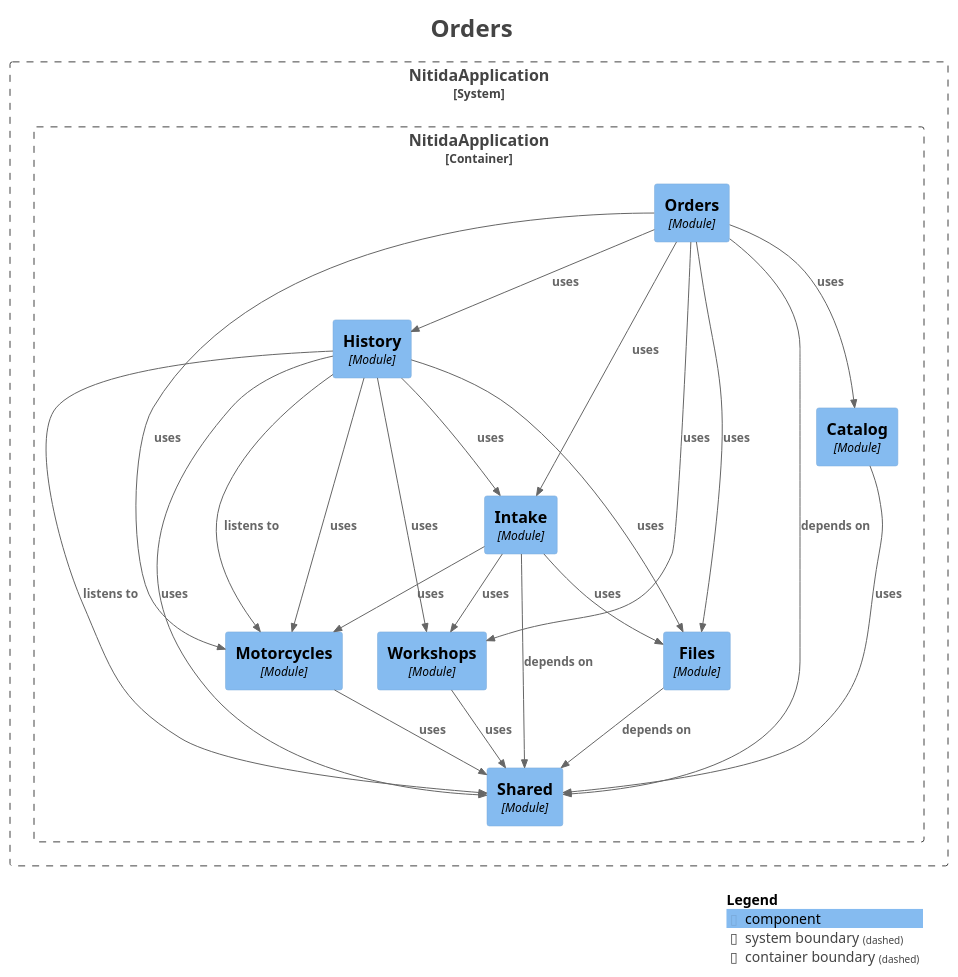
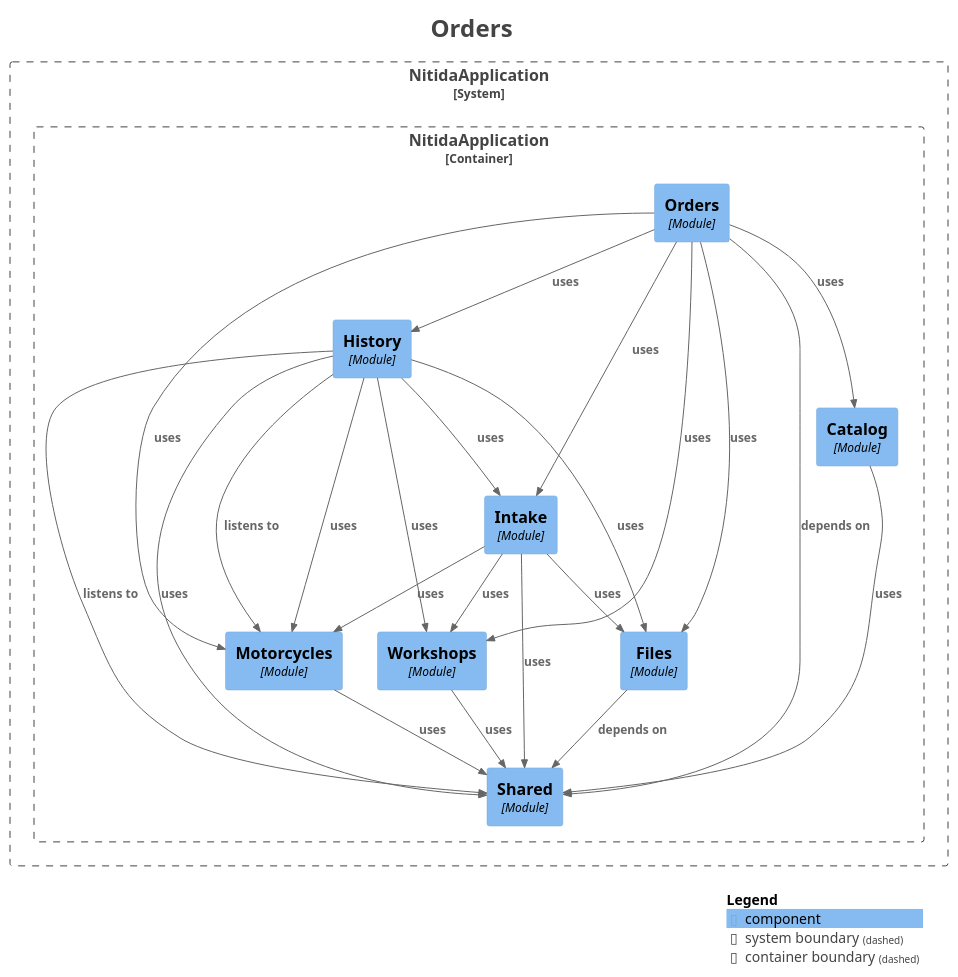
Before and after one commit to Nicolas-12000/Nitida: the diagram in docs/modulos/module-orders.puml, drawn with PlantUML. The commit also changed 11 other files, not shown here.

Commit message:
refactor(ci): update CodeQL job name to TypeScript and upgrade backend Docker image to Debian 13 for security improvements; clean up module diagrams by removing unused relationships

```diff
--- a/docs/modulos/module-orders.puml
+++ b/docs/modulos/module-orders.puml
@@ -1,57 +1,57 @@
 @startuml
 title <size:24>Orders</size>
 
 set separator none
 top to bottom direction
 
 <style>
   root {
     BackgroundColor: #ffffff
     FontColor: #444444
   }
 </style>
 
 !include <C4/C4>
 !include <C4/C4_Context>
 !include <C4/C4_Component>
 
 System_Boundary("NitidaApplication_boundary", "NitidaApplication", $tags="") {
   Container_Boundary("NitidaApplication.NitidaApplication_boundary", "NitidaApplication", $tags="") {
     Component(NitidaApplication.NitidaApplication.History, "History", $techn="Module", $descr="", $tags="", $link="")
     Component(NitidaApplication.NitidaApplication.Orders, "Orders", $techn="Module", $descr="", $tags="", $link="")
     Component(NitidaApplication.NitidaApplication.Shared, "Shared", $techn="Module", $descr="", $tags="", $link="")
     Component(NitidaApplication.NitidaApplication.Catalog, "Catalog", $techn="Module", $descr="", $tags="", $link="")
     Component(NitidaApplication.NitidaApplication.Files, "Files", $techn="Module", $descr="", $tags="", $link="")
     Component(NitidaApplication.NitidaApplication.Motorcycles, "Motorcycles", $techn="Module", $descr="", $tags="", $link="")
     Component(NitidaApplication.NitidaApplication.Workshops, "Workshops", $techn="Module", $descr="", $tags="", $link="")
     Component(NitidaApplication.NitidaApplication.Intake, "Intake", $techn="Module", $descr="", $tags="", $link="")
   }
 
 }
 
-Rel(NitidaApplication.NitidaApplication.Files, NitidaApplication.NitidaApplication.Shared, "depends on", $techn="", $tags="", $link="")
 Rel(NitidaApplication.NitidaApplication.History, NitidaApplication.NitidaApplication.Motorcycles, "listens to", $techn="", $tags="", $link="")
 Rel(NitidaApplication.NitidaApplication.History, NitidaApplication.NitidaApplication.Shared, "listens to", $techn="", $tags="", $link="")
 Rel(NitidaApplication.NitidaApplication.History, NitidaApplication.NitidaApplication.Workshops, "uses", $techn="", $tags="", $link="")
 Rel(NitidaApplication.NitidaApplication.History, NitidaApplication.NitidaApplication.Intake, "uses", $techn="", $tags="", $link="")
 Rel(NitidaApplication.NitidaApplication.History, NitidaApplication.NitidaApplication.Motorcycles, "uses", $techn="", $tags="", $link="")
 Rel(NitidaApplication.NitidaApplication.History, NitidaApplication.NitidaApplication.Shared, "uses", $techn="", $tags="", $link="")
 Rel(NitidaApplication.NitidaApplication.History, NitidaApplication.NitidaApplication.Files, "uses", $techn="", $tags="", $link="")
-Rel(NitidaApplication.NitidaApplication.Intake, NitidaApplication.NitidaApplication.Shared, "depends on", $techn="", $tags="", $link="")
-Rel(NitidaApplication.NitidaApplication.Intake, NitidaApplication.NitidaApplication.Motorcycles, "uses", $techn="", $tags="", $link="")
-Rel(NitidaApplication.NitidaApplication.Intake, NitidaApplication.NitidaApplication.Workshops, "uses", $techn="", $tags="", $link="")
-Rel(NitidaApplication.NitidaApplication.Intake, NitidaApplication.NitidaApplication.Files, "uses", $techn="", $tags="", $link="")
 Rel(NitidaApplication.NitidaApplication.Orders, NitidaApplication.NitidaApplication.Shared, "depends on", $techn="", $tags="", $link="")
 Rel(NitidaApplication.NitidaApplication.Orders, NitidaApplication.NitidaApplication.Files, "uses", $techn="", $tags="", $link="")
 Rel(NitidaApplication.NitidaApplication.Orders, NitidaApplication.NitidaApplication.Catalog, "uses", $techn="", $tags="", $link="")
 Rel(NitidaApplication.NitidaApplication.Orders, NitidaApplication.NitidaApplication.Workshops, "uses", $techn="", $tags="", $link="")
 Rel(NitidaApplication.NitidaApplication.Orders, NitidaApplication.NitidaApplication.Motorcycles, "uses", $techn="", $tags="", $link="")
 Rel(NitidaApplication.NitidaApplication.Orders, NitidaApplication.NitidaApplication.Intake, "uses", $techn="", $tags="", $link="")
 Rel(NitidaApplication.NitidaApplication.Orders, NitidaApplication.NitidaApplication.History, "uses", $techn="", $tags="", $link="")
+Rel(NitidaApplication.NitidaApplication.Motorcycles, NitidaApplication.NitidaApplication.Shared, "uses", $techn="", $tags="", $link="")
 Rel(NitidaApplication.NitidaApplication.Catalog, NitidaApplication.NitidaApplication.Shared, "uses", $techn="", $tags="", $link="")
-Rel(NitidaApplication.NitidaApplication.Motorcycles, NitidaApplication.NitidaApplication.Shared, "uses", $techn="", $tags="", $link="")
 Rel(NitidaApplication.NitidaApplication.Workshops, NitidaApplication.NitidaApplication.Shared, "uses", $techn="", $tags="", $link="")
+Rel(NitidaApplication.NitidaApplication.Intake, NitidaApplication.NitidaApplication.Motorcycles, "uses", $techn="", $tags="", $link="")
+Rel(NitidaApplication.NitidaApplication.Intake, NitidaApplication.NitidaApplication.Shared, "uses", $techn="", $tags="", $link="")
+Rel(NitidaApplication.NitidaApplication.Intake, NitidaApplication.NitidaApplication.Workshops, "uses", $techn="", $tags="", $link="")
+Rel(NitidaApplication.NitidaApplication.Intake, NitidaApplication.NitidaApplication.Files, "uses", $techn="", $tags="", $link="")
+Rel(NitidaApplication.NitidaApplication.Files, NitidaApplication.NitidaApplication.Shared, "depends on", $techn="", $tags="", $link="")
 
 SHOW_LEGEND(true)
 hide stereotypes
 @enduml
```
